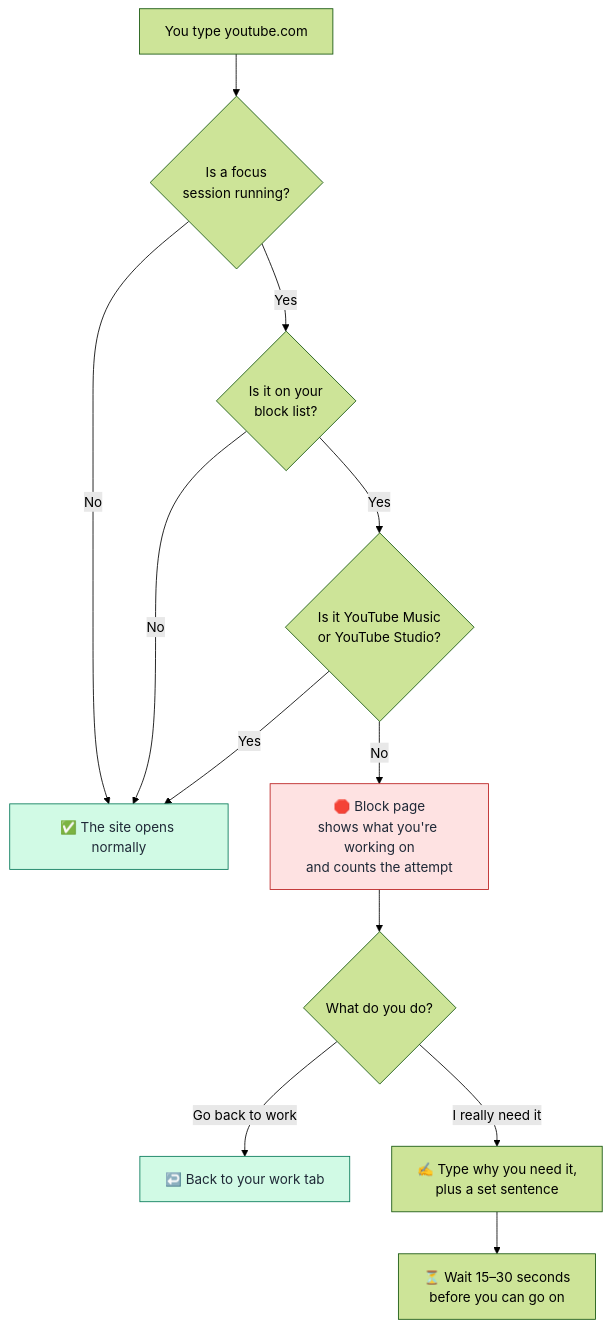
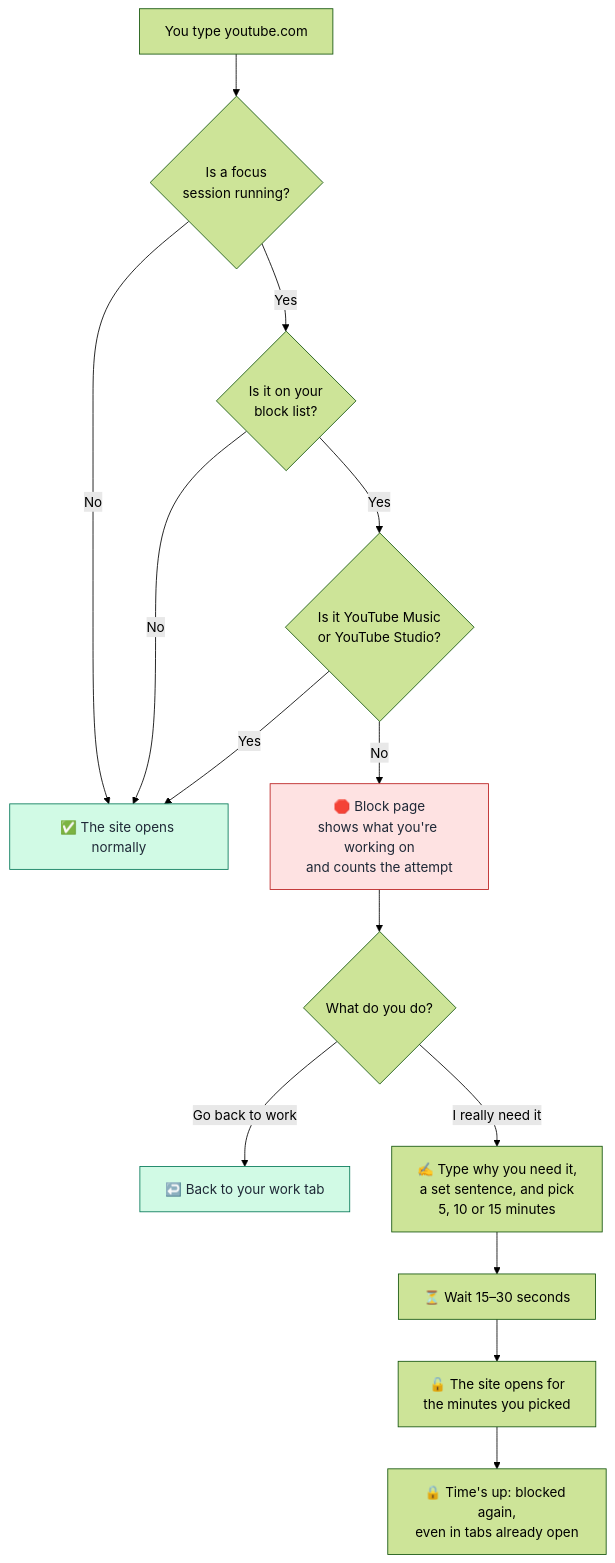
The third of 5 diagrams in README.md (LuciferSharma/focus), drawn with Mermaid (forest theme) before and after one commit. The commit also changed 4 other files, not shown here.

````diff
--- a/README.md
+++ b/README.md
@@ -102,19 +102,21 @@
 ```mermaid
 flowchart TD
     A["You type youtube.com"] --> B{"Is a focus<br/>session running?"}
     B -->|No| OK["✅ The site opens normally"]
     B -->|Yes| C{"Is it on your<br/>block list?"}
     C -->|No| OK
     C -->|Yes| D{"Is it YouTube Music<br/>or YouTube Studio?"}
     D -->|Yes| OK
     D -->|No| E["🛑 Block page<br/>shows what you're working on<br/>and counts the attempt"]
     E --> F{"What do you do?"}
     F -->|"Go back to work"| G["↩️ Back to your work tab"]
-    F -->|"I really need it"| H["✍️ Type why you need it,<br/>plus a set sentence"]
-    H --> I["⏳ Wait 15–30 seconds<br/>before you can go on"]
+    F -->|"I really need it"| H["✍️ Type why you need it,<br/>a set sentence, and pick<br/>5, 10 or 15 minutes"]
+    H --> I["⏳ Wait 15–30 seconds"]
+    I --> J["🔓 The site opens for<br/>the minutes you picked"]
+    J --> K["🔒 Time's up: blocked again,<br/>even in tabs already open"]
 
     classDef good fill:#d1fae5,stroke:#047857,color:#1f2937
     classDef stop fill:#fee2e2,stroke:#b91c1c,color:#1f2937
     class OK,G good
     class E stop
 ```
````
